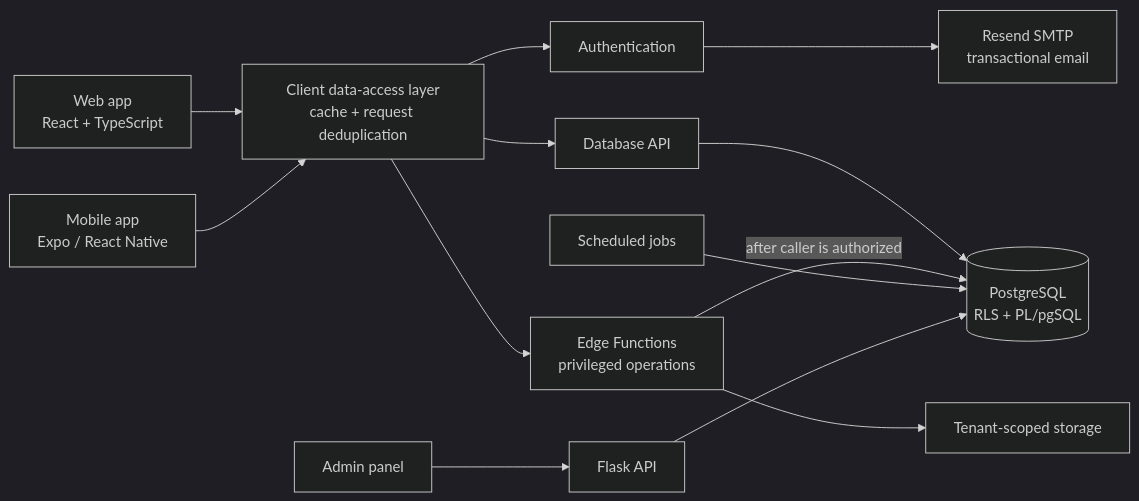
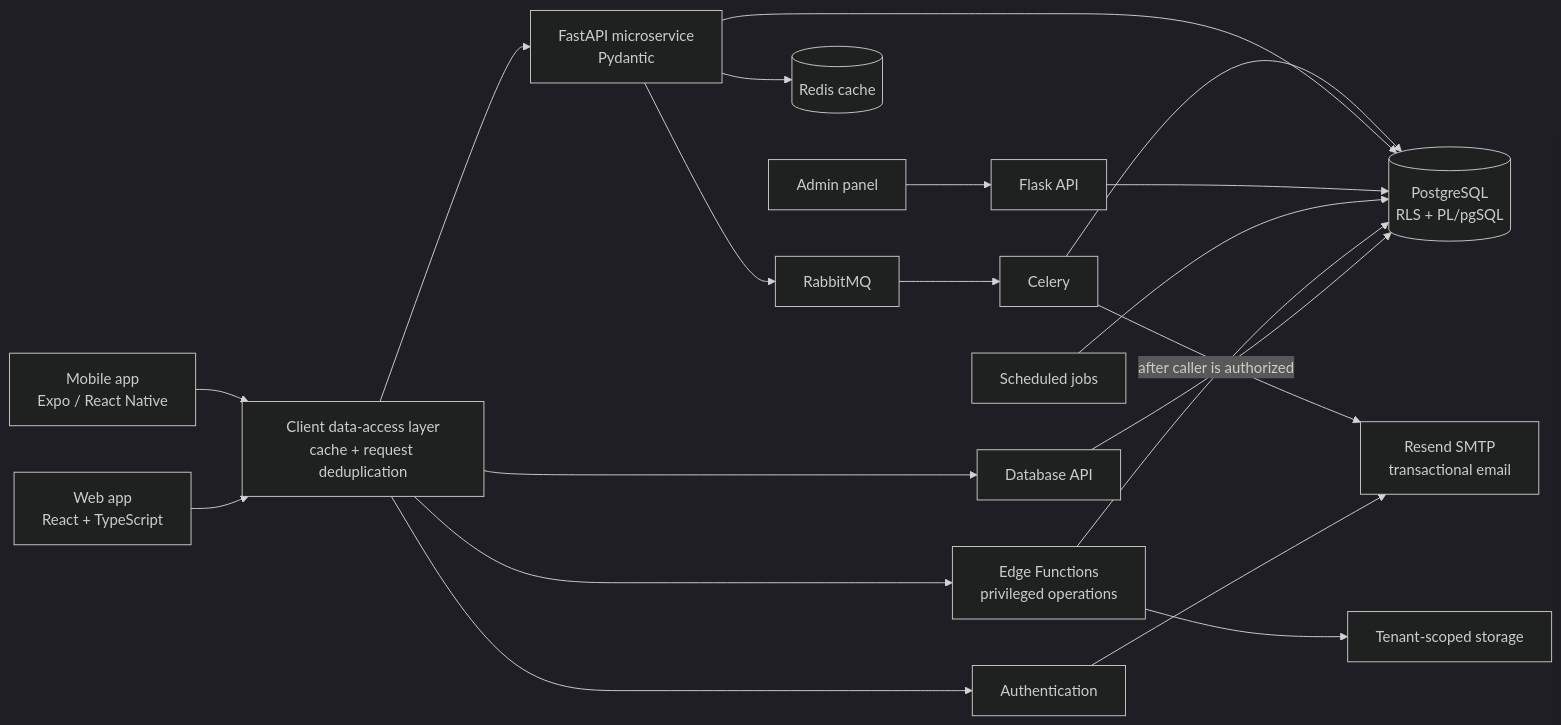
The sixth of 10 diagrams in projects/2026/saas/clinovatech-platform/README.md (yunus-emre-mert/Portfolio), drawn with Mermaid (dark theme) before and after one commit. The commit also changed other lines of this file and 4 other files, not shown here.

````diff
--- a/projects/2026/saas/clinovatech-platform/README.md
+++ b/projects/2026/saas/clinovatech-platform/README.md
@@ -259,15 +279,22 @@
 ```mermaid
 flowchart LR
     Web[Web app<br/>React + TypeScript] --> DAL[Client data-access layer<br/>cache + request deduplication]
     Mobile[Mobile app<br/>Expo / React Native] --> DAL
     DAL --> Auth[Authentication]
     DAL --> API[Database API]
     DAL --> Edge[Edge Functions<br/>privileged operations]
     API --> DB[(PostgreSQL<br/>RLS + PL/pgSQL)]
     Edge -->|after caller is authorized| DB
     Edge --> Storage[Tenant-scoped storage]
     Jobs[Scheduled jobs] --> DB
     Admin[Admin panel] --> Flask[Flask API]
     Flask --> DB
     Auth --> Mail[Resend SMTP<br/>transactional email]
+    DAL --> Svc["FastAPI microservice<br/>Pydantic"]
+    Svc --> Redis[(Redis cache)]
+    Svc --> DB
+    Svc --> Queue[RabbitMQ]
+    Queue --> Worker[Celery]
+    Worker --> DB
+    Worker --> Mail
 ```
````
